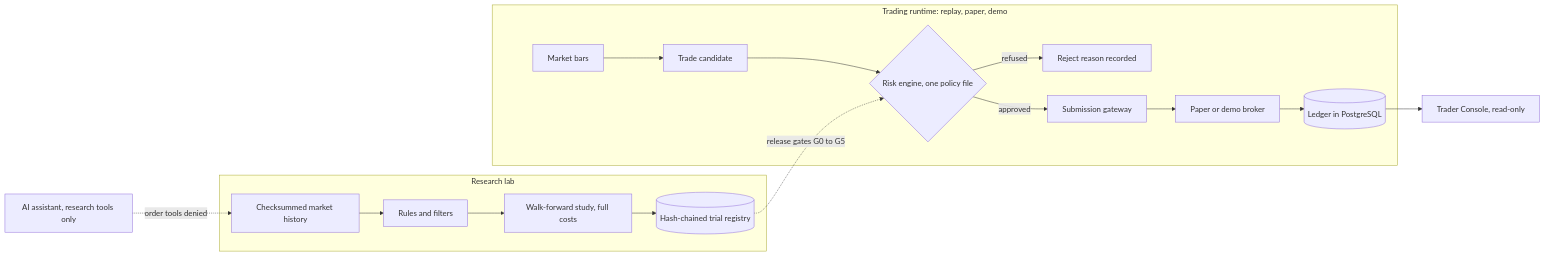
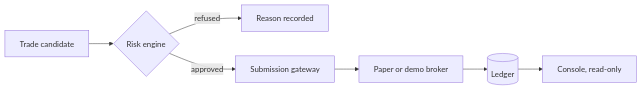
One commit to Martysunshine/ai-stock-trader changed the second of 2 diagrams in README.md. Above: the diagram before and after it, drawn with Mermaid. The commit also changed other lines of this file, not shown here.

Commit message:
Split the README architecture diagram into two readable diagrams
One wide diagram was scaled down until its labels were too small to read on GitHub. The research path and the order path are now separate diagrams of six or seven nodes each.

Created by martin.matysek

````diff
--- a/README.md
+++ b/README.md
@@ -146,21 +160,9 @@
 ```mermaid
 flowchart LR
-    subgraph research["Research lab"]
-        data["Checksummed market history"] --> rules["Rules and filters"]
-        rules --> study["Walk-forward study, full costs"]
-        study --> registry[("Hash-chained trial registry")]
-    end
-
-    subgraph runtime["Trading runtime: replay, paper, demo"]
-        bars["Market bars"] --> cand["Trade candidate"]
-        cand --> risk{"Risk engine, one policy file"}
-        risk -- "refused" --> reason["Reject reason recorded"]
-        risk -- "approved" --> gateway["Submission gateway"]
-        gateway --> broker["Paper or demo broker"]
-        broker --> ledger[("Ledger in PostgreSQL")]
-    end
-
-    registry -. "release gates G0 to G5" .-> risk
-    ledger --> console["Trader Console, read-only"]
-    assistant["AI assistant, research tools only"] -. "order tools denied" .-> data
+    cand["Trade candidate"] --> risk{"Risk engine"}
+    risk -- "refused" --> reason["Reason recorded"]
+    risk -- "approved" --> gateway["Submission gateway"]
+    gateway --> broker["Paper or demo broker"]
+    broker --> ledger[("Ledger")]
+    ledger --> console["Console, read-only"]
 ```
````
